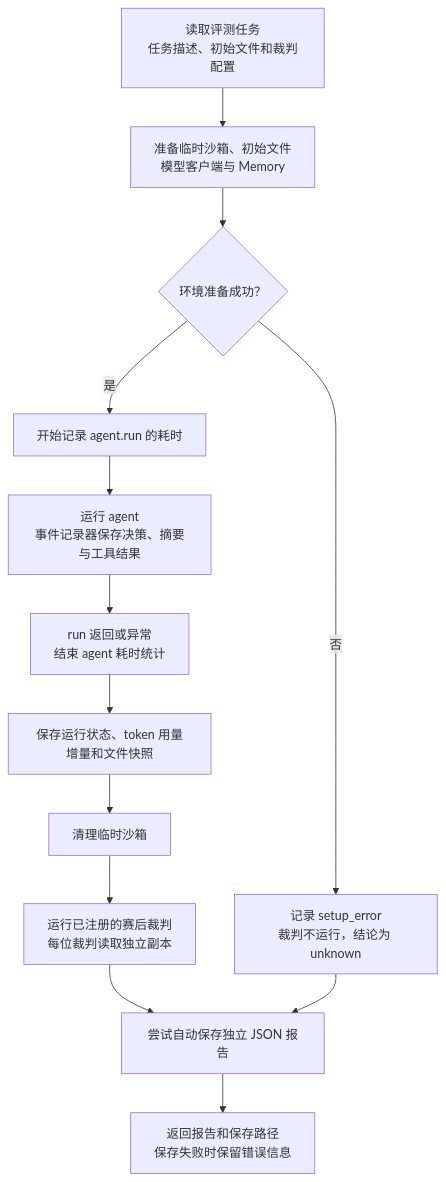
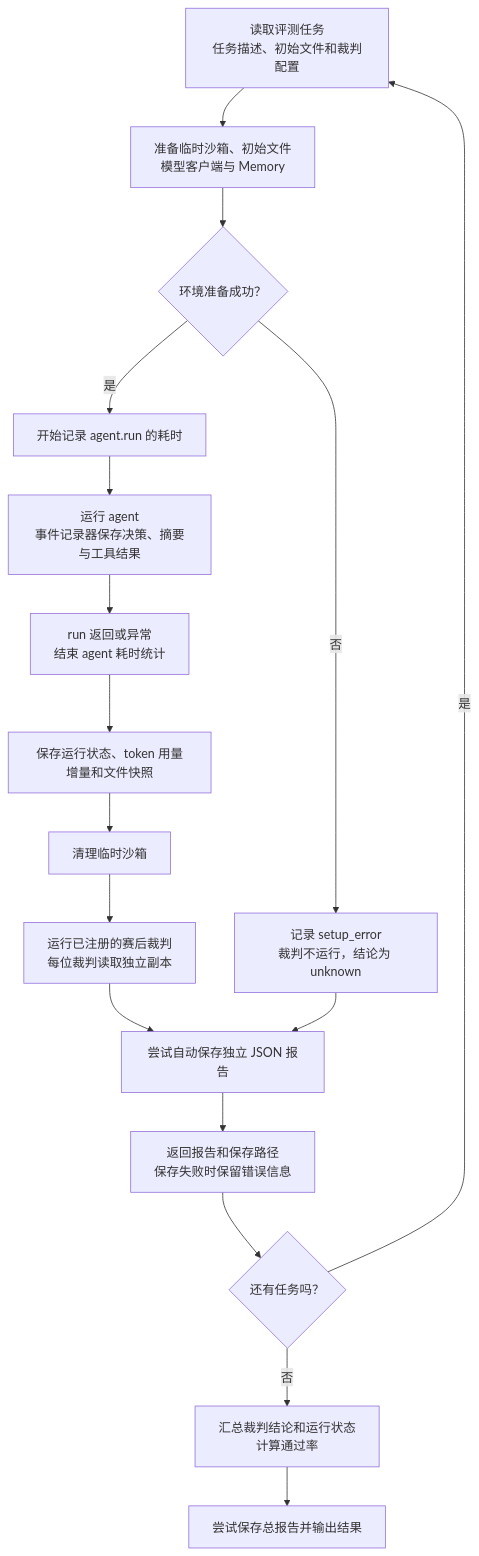
One commit to cosmorithm/Astrion changed the fourth of 4 diagrams in report.md. Above: the diagram before and after it, drawn with Mermaid. The commit also changed other lines of this file and 7 other files, not shown here.

````diff
--- a/report.md
+++ b/report.md
@@ -127,15 +128,19 @@
 ```mermaid
 flowchart TD
     A["读取评测任务<br/>任务描述、初始文件和裁判配置"] --> B["准备临时沙箱、初始文件<br/>模型客户端与 Memory"]
     B --> J{"环境准备成功？"}
     J -- "是" --> C["开始记录 agent.run 的耗时"]
     J -- "否" --> K["记录 setup_error<br/>裁判不运行，结论为 unknown"]
     C --> D["运行 agent<br/>事件记录器保存决策、摘要与工具结果"]
     D --> E["run 返回或异常<br/>结束 agent 耗时统计"]
     E --> F["保存运行状态、token 用量增量和文件快照"]
     F --> G["清理临时沙箱"]
     G --> H["运行已注册的赛后裁判<br/>每位裁判读取独立副本"]
     H --> L["尝试自动保存独立 JSON 报告"]
     K --> L
     L --> I["返回报告和保存路径<br/>保存失败时保留错误信息"]
+    I --> M{"还有任务吗？"}
+    M -- "是" --> A
+    M -- "否" --> N["汇总裁判结论和运行状态<br/>计算通过率"]
+    N --> O["尝试保存总报告并输出结果"]
 ```
````
